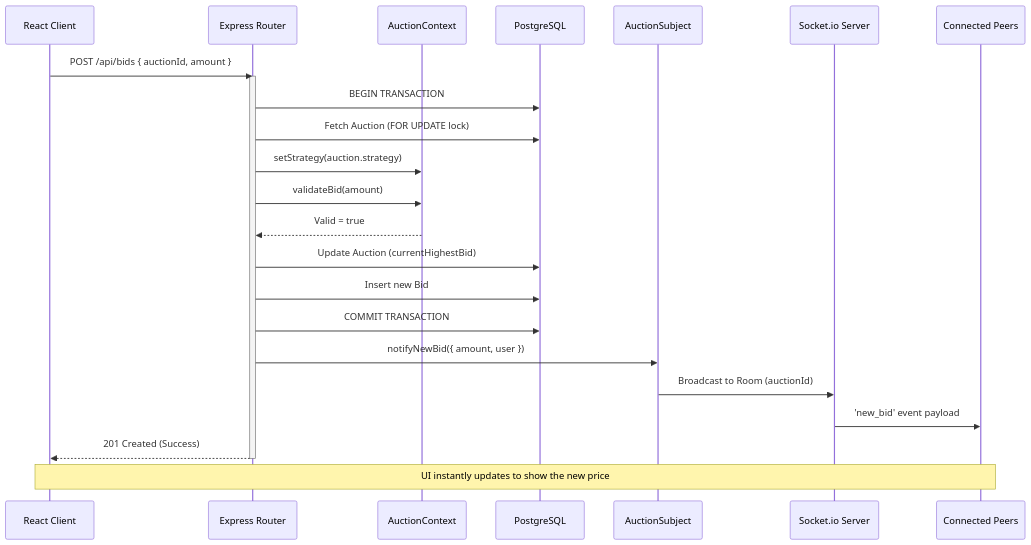
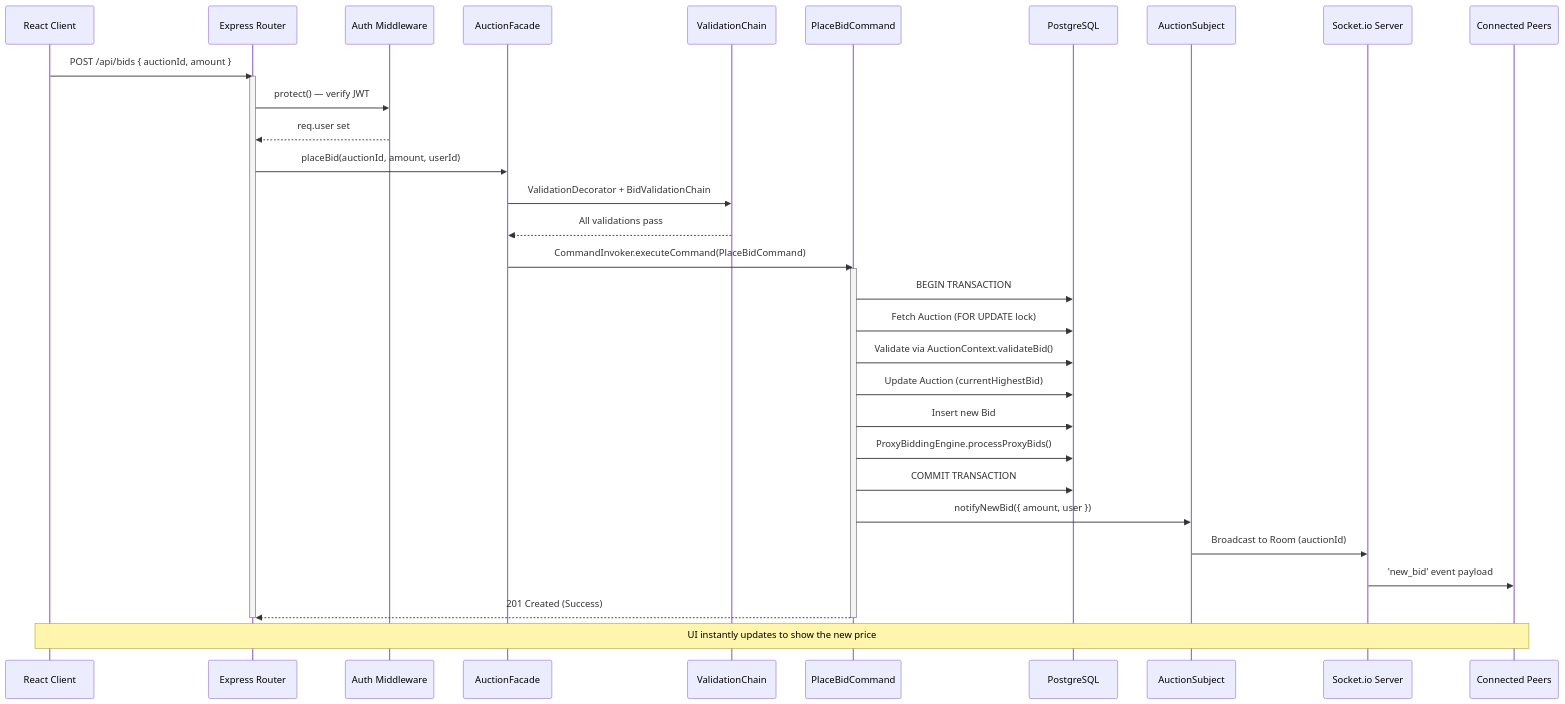
One commit to hetvi3012/Auction changed the fourth of 5 diagrams in system_design_document.md. Above: the diagram before and after it, drawn with Mermaid. The commit also changed other lines of this file and 8 other files, not shown here.

Commit message:
Add Docker setup, ARCHITECTURE.md, and update all docs

````diff
--- a/system_design_document.md
+++ b/system_design_document.md
@@ -144,32 +190,43 @@
 ```mermaid
 sequenceDiagram
     participant UI as React Client
     participant API as Express Router
-    participant Context as AuctionContext
+    participant MW as Auth Middleware
+    participant Facade as AuctionFacade
+    participant Chain as ValidationChain
+    participant Cmd as PlaceBidCommand
     participant DB as PostgreSQL
     participant Observer as AuctionSubject
     participant WS as Socket.io Server
     participant Clients as Connected Peers
 
     UI->>API: POST /api/bids { auctionId, amount }
     activate API
+    API->>MW: protect() — verify JWT
+    MW-->>API: req.user set
     
-    API->>DB: BEGIN TRANSACTION
-    API->>DB: Fetch Auction (FOR UPDATE lock)
-    API->>Context: setStrategy(auction.strategy)
-    API->>Context: validateBid(amount)
-    Context-->>API: Valid = true
+    API->>Facade: placeBid(auctionId, amount, userId)
+    Facade->>Chain: ValidationDecorator + BidValidationChain
+    Chain-->>Facade: All validations pass
     
-    API->>DB: Update Auction (currentHighestBid)
-    API->>DB: Insert new Bid
-    API->>DB: COMMIT TRANSACTION
+    Facade->>Cmd: CommandInvoker.executeCommand(PlaceBidCommand)
+    activate Cmd
     
-    API->>Observer: notifyNewBid({ amount, user })
+    Cmd->>DB: BEGIN TRANSACTION
+    Cmd->>DB: Fetch Auction (FOR UPDATE lock)
+    Cmd->>DB: Validate via AuctionContext.validateBid()
+    Cmd->>DB: Update Auction (currentHighestBid)
+    Cmd->>DB: Insert new Bid
+    Cmd->>DB: ProxyBiddingEngine.processProxyBids()
+    Cmd->>DB: COMMIT TRANSACTION
+    
+    Cmd->>Observer: notifyNewBid({ amount, user })
     Observer->>WS: Broadcast to Room (auctionId)
     WS->>Clients: 'new_bid' event payload
     
-    API-->>UI: 201 Created (Success)
+    Cmd-->>API: 201 Created (Success)
+    deactivate Cmd
     deactivate API
     
     Note over Clients,UI: UI instantly updates to show the new price
 ```
````
